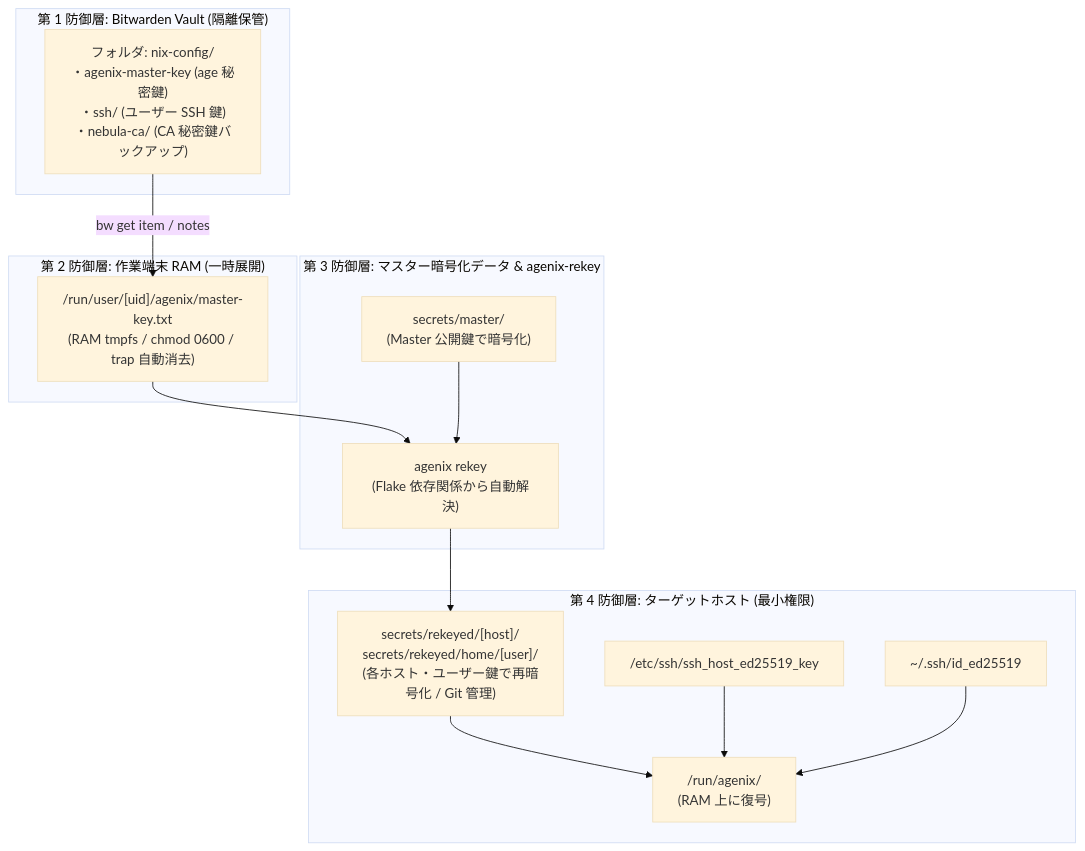
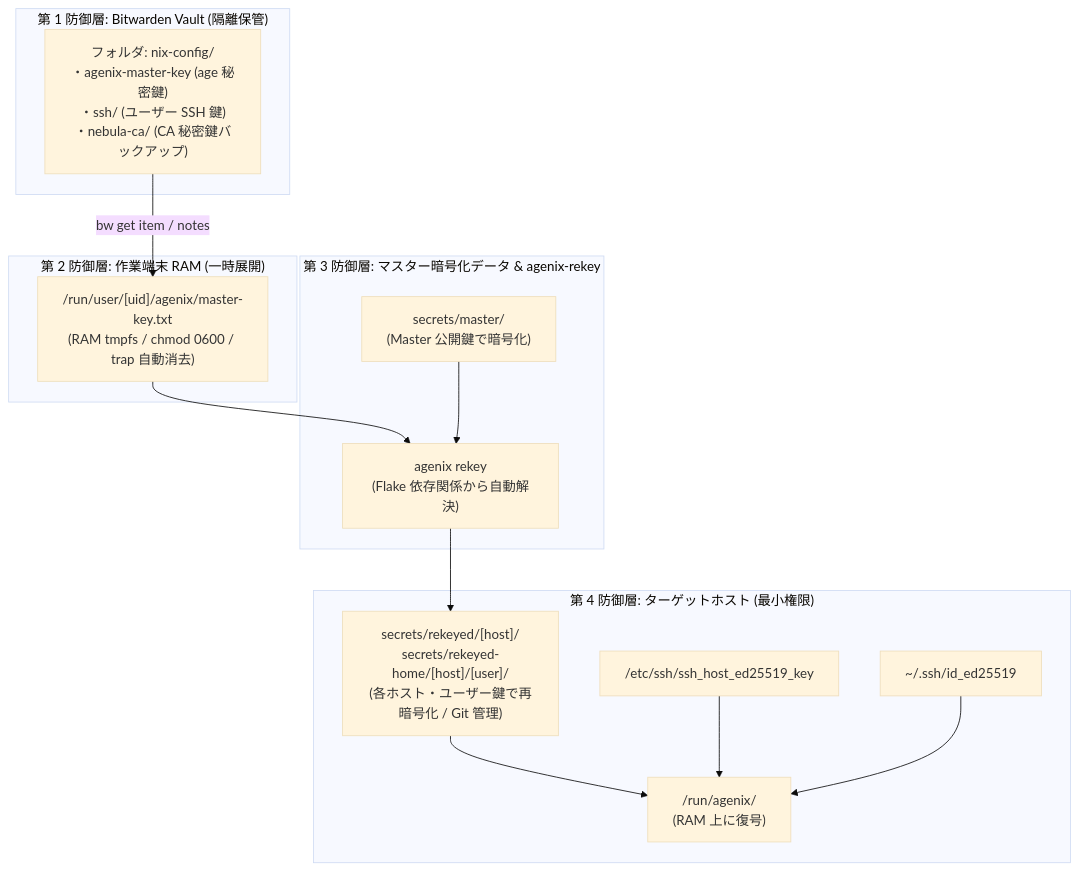
The diagram in docs/operations/secret-management.md (t3u-tsu/nix-config), drawn with Mermaid (base theme) before and after one commit. The commit also changed other lines of this file and 2 other files, not shown here.

Commit message:
docs(secrets): update rekeyed-home path structure in operations and README docs

````diff
--- a/docs/operations/secret-management.md
+++ b/docs/operations/secret-management.md
@@ -9,29 +9,29 @@
 ```mermaid
 graph TD
     subgraph Layer1 ["第 1 防御層: Bitwarden Vault (隔離保管)"]
         BW["フォルダ: nix-config/<br>・agenix-master-key (age 秘密鍵)<br>・ssh/ (ユーザー SSH 鍵)<br>・nebula-ca/ (CA 秘密鍵バックアップ)"]
     end
 
     subgraph Layer2 ["第 2 防御層: 作業端末 RAM (一時展開)"]
         Tmpfs["/run/user/[uid]/agenix/master-key.txt<br>(RAM tmpfs / chmod 0600 / trap 自動消去)"]
         BW -->|bw get item / notes| Tmpfs
     end
 
     subgraph Layer3 ["第 3 防御層: マスター暗号化データ & agenix-rekey"]
         MasterDir["secrets/master/<br>(Master 公開鍵で暗号化)"]
         Engine["agenix rekey<br>(Flake 依存関係から自動解決)"]
         Tmpfs --> Engine
         MasterDir --> Engine
     end
 
     subgraph Layer4 ["第 4 防御層: ターゲットホスト (最小権限)"]
-        Rekeyed["secrets/rekeyed/[host]/<br>secrets/rekeyed/home/[user]/<br>(各ホスト・ユーザー鍵で再暗号化 / Git 管理)"]
+        Rekeyed["secrets/rekeyed/[host]/<br>secrets/rekeyed-home/[host]/[user]/<br>(各ホスト・ユーザー鍵で再暗号化 / Git 管理)"]
         HostKey["/etc/ssh/ssh_host_ed25519_key"]
         UserKey["~/.ssh/id_ed25519"]
         SecretRun["/run/agenix/<br>(RAM 上に復号)"]
         Engine --> Rekeyed
         Rekeyed --> SecretRun
         HostKey --> SecretRun
         UserKey --> SecretRun
     end
 ```
````
